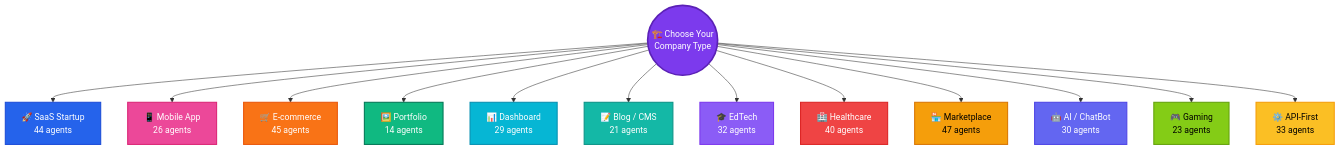
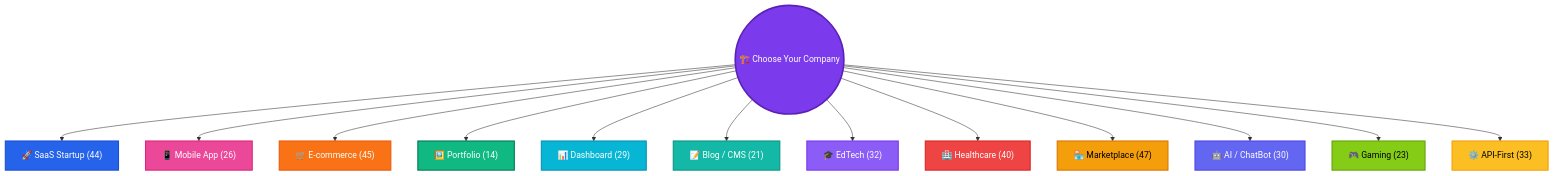
Before and after one commit to Ab-aswini/Agent-kit-P1: the sixth of 7 diagrams in README.md, drawn with Mermaid. The commit also changed other lines of this file and 234 other files, not shown here.

````diff
--- a/README.md
+++ b/README.md
@@ -714,31 +640,31 @@
 ```mermaid
 %%{init: {'theme': 'default'}}%%
 
 flowchart TD
-  START(("🏗️ Choose Your<br/>Company Type")) --> S["🚀 SaaS Startup<br/>44 agents"]
-  START --> M["📱 Mobile App<br/>26 agents"]
-  START --> EC["🛒 E-commerce<br/>45 agents"]
-  START --> P["🖼️ Portfolio<br/>14 agents"]
-  START --> D["📊 Dashboard<br/>29 agents"]
-  START --> B["📝 Blog / CMS<br/>21 agents"]
-  START --> ED["🎓 EdTech<br/>32 agents"]
-  START --> HC["🏥 Healthcare<br/>40 agents"]
-  START --> MP["🏪 Marketplace<br/>47 agents"]
-  START --> AI["🤖 AI / ChatBot<br/>30 agents"]
-  START --> G["🎮 Gaming<br/>23 agents"]
-  START --> API["⚙️ API-First<br/>33 agents"]
+  START(("🏗️ Choose Your Company")) --> S["🚀 SaaS Startup (44)"]
+  START --> M["📱 Mobile App (26)"]
+  START --> EC["🛒 E-commerce (45)"]
+  START --> P["🖼️ Portfolio (14)"]
+  START --> D["📊 Dashboard (29)"]
+  START --> B["📝 Blog / CMS (21)"]
+  START --> ED["🎓 EdTech (32)"]
+  START --> HC["🏥 Healthcare (40)"]
+  START --> MP["🏪 Marketplace (47)"]
+  START --> AI["🤖 AI / ChatBot (30)"]
+  START --> G["🎮 Gaming (23)"]
+  START --> API["⚙️ API-First (33)"]
 
   style START fill:#7C3AED,stroke:#5B21B6,stroke-width:3px,color:#fff
   style S fill:#2563EB,stroke:#1D4ED8,stroke-width:2px,color:#fff
   style M fill:#EC4899,stroke:#DB2777,stroke-width:2px,color:#fff
   style EC fill:#F97316,stroke:#EA580C,stroke-width:2px,color:#fff
   style P fill:#10B981,stroke:#047857,stroke-width:2px,color:#fff
   style D fill:#06B6D4,stroke:#0891B2,stroke-width:2px,color:#fff
   style B fill:#14B8A6,stroke:#0D9488,stroke-width:2px,color:#fff
   style ED fill:#8B5CF6,stroke:#7C3AED,stroke-width:2px,color:#fff
   style HC fill:#EF4444,stroke:#DC2626,stroke-width:2px,color:#fff
   style MP fill:#F59E0B,stroke:#D97706,stroke-width:2px,color:#000
   style AI fill:#6366F1,stroke:#4F46E5,stroke-width:2px,color:#fff
   style G fill:#84CC16,stroke:#65A30D,stroke-width:2px,color:#000
   style API fill:#FBBF24,stroke:#F59E0B,stroke-width:2px,color:#000
 ```
````
